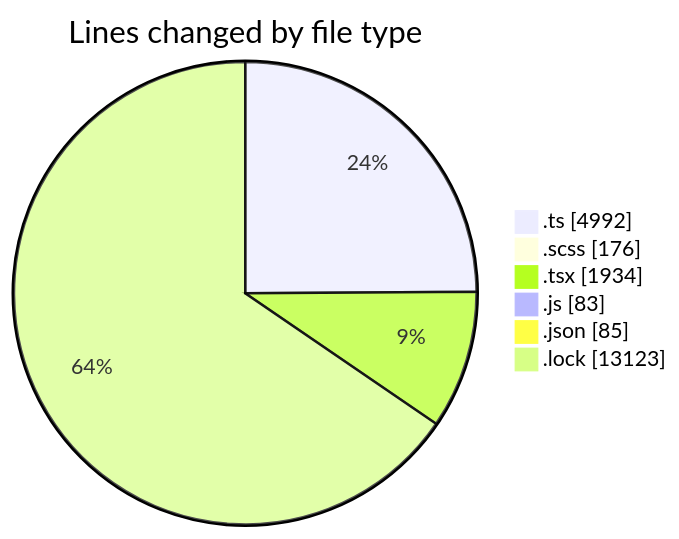
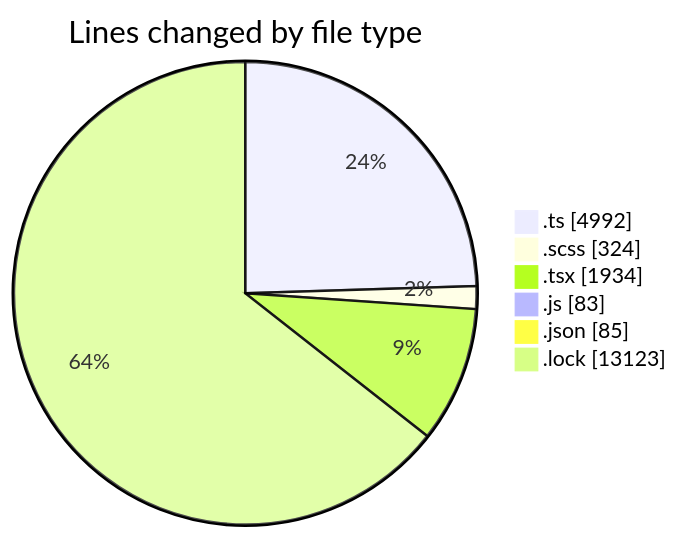
The first of 2 diagrams in 2025-09-12/cda/README.md (momahboobian/code-tracking), drawn with Mermaid before and after one commit. The commit also changed other lines of this file and 1 other file, not shown here.

````diff
--- a/2025-09-12/cda/README.md
+++ b/2025-09-12/cda/README.md
@@ -34,10 +34,10 @@
 ```mermaid
 pie showData
 title Lines changed by file type
 ".ts" : 4992
-".scss" : 176
+".scss" : 324
 ".tsx" : 1934
 ".js" : 83
 ".json" : 85
 ".lock" : 13123
 ```
````
